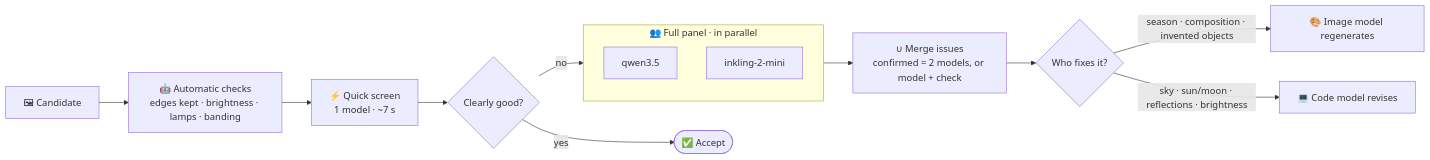
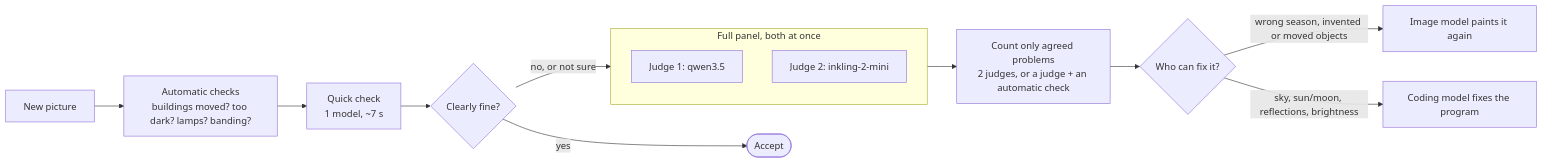
One commit to Preet0504/chicago-dynamic-wallpaper changed the second of 3 diagrams in README.md. Above: the diagram before and after it, drawn with Mermaid. The commit also changed other lines of this file and 16 other files, not shown here.

First line of the commit message:
Docs: clearer architecture diagram with real result images, no emojis

````diff
--- a/README.md
+++ b/README.md
@@ -67,18 +69,18 @@
 ```mermaid
 flowchart LR
-    IMG["🖼 Candidate"] --> CHK["🤖 Automatic checks<br/>edges kept · brightness · lamps · banding"]
-    CHK --> SCR["⚡ Quick screen<br/>1 model · ~7 s"]
-    SCR --> G{"Clearly good?"}
-    G -- yes --> OK(["✅ Accept"])
-    G -- no --> PAN
+    IMG["New picture"] --> CHK["Automatic checks<br/>buildings moved? too dark? lamps? banding?"]
+    CHK --> SCR["Quick check<br/>1 model, ~7 s"]
+    SCR --> G{"Clearly fine?"}
+    G -- yes --> OK(["Accept"])
+    G -- "no, or not sure" --> PAN
 
-    subgraph PAN["👥 Full panel · in parallel"]
-        M1["qwen3.5"]
-        M2["inkling-2-mini"]
+    subgraph PAN["Full panel, both at once"]
+        M1["Judge 1: qwen3.5"]
+        M2["Judge 2: inkling-2-mini"]
     end
 
-    PAN --> MRG["∪ Merge issues<br/>confirmed = 2 models, or model + check"]
-    MRG --> RT{"Who fixes it?"}
-    RT -- "season · composition · invented objects" --> IM["🎨 Image model regenerates"]
-    RT -- "sky · sun/moon · reflections · brightness" --> CD["💻 Code model revises"]
+    PAN --> MRG["Count only agreed problems<br/>2 judges, or a judge + an automatic check"]
+    MRG --> RT{"Who can fix it?"}
+    RT -- "wrong season, invented or moved objects" --> IM["Image model paints it again"]
+    RT -- "sky, sun/moon, reflections, brightness" --> CD["Coding model fixes the program"]
 ```
````
